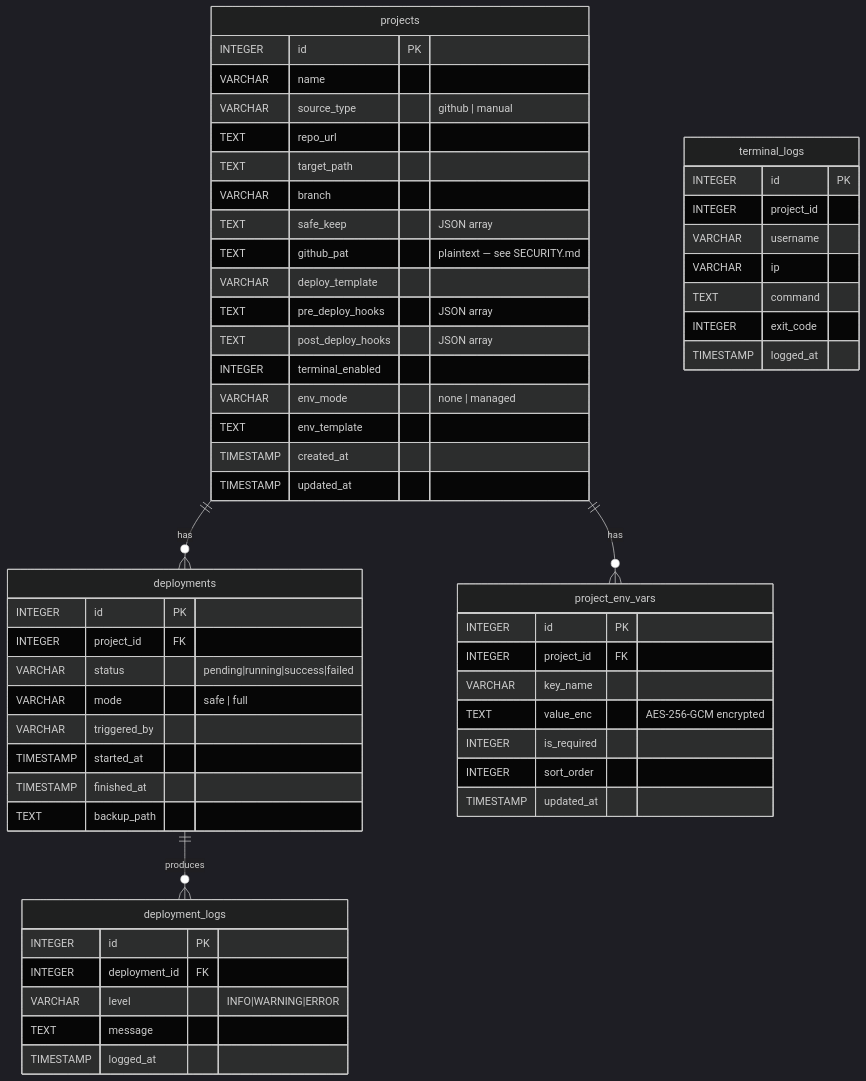
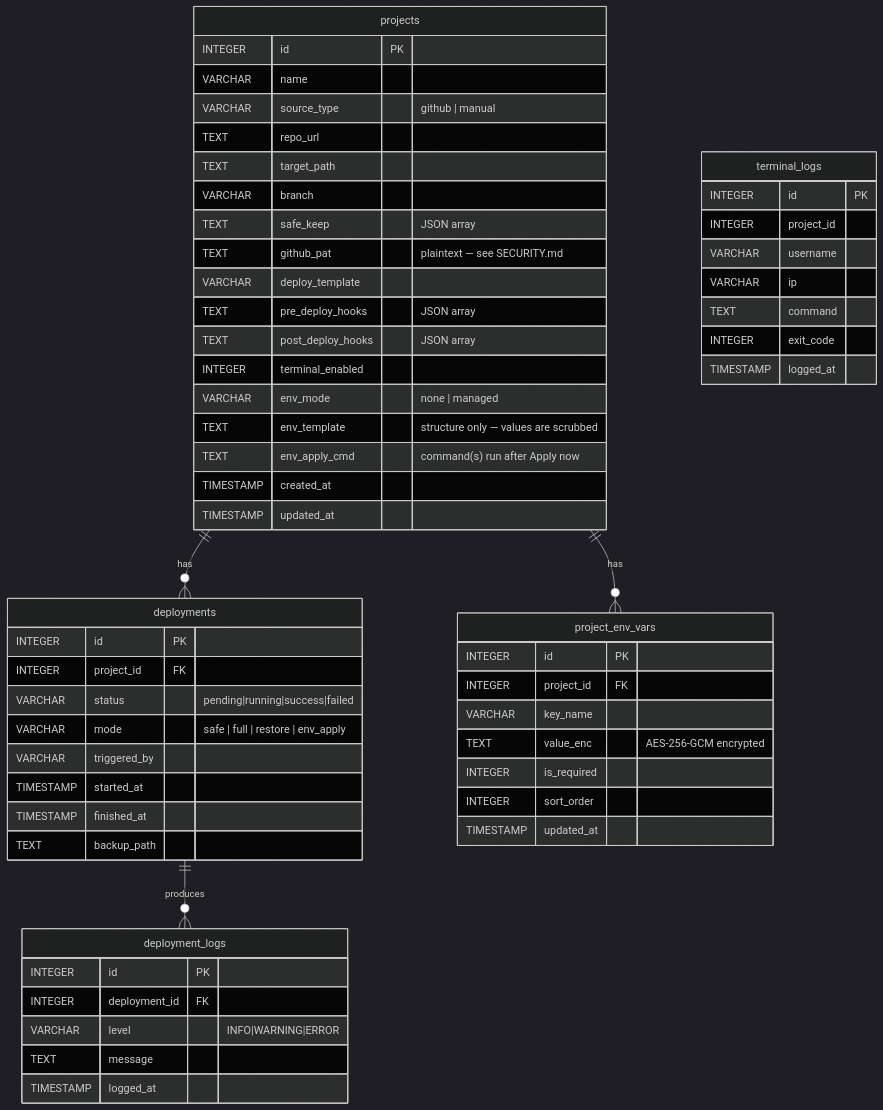
One commit to tumbujohn/TeraPH-Web-Deployer changed the second of 3 diagrams in docs/ARCHITECTURE.md. Above: the diagram before and after it, drawn with Mermaid (dark theme). The commit also changed other lines of this file and 3 other files, not shown here.

First line of the commit message:
docs: reconcile README, PROGRESS, ARCHITECTURE and DEVELOPMENT with the Env Manager work

````diff
--- a/docs/ARCHITECTURE.md
+++ b/docs/ARCHITECTURE.md
@@ -149,64 +152,65 @@
 ```mermaid
 erDiagram
     projects ||--o{ deployments : "has"
     projects ||--o{ project_env_vars : "has"
     deployments ||--o{ deployment_logs : "produces"
 
     projects {
         INTEGER id PK
         VARCHAR name
         VARCHAR source_type "github | manual"
         TEXT repo_url
         TEXT target_path
         VARCHAR branch
         TEXT safe_keep "JSON array"
         TEXT github_pat "plaintext — see SECURITY.md"
         VARCHAR deploy_template
         TEXT pre_deploy_hooks "JSON array"
         TEXT post_deploy_hooks "JSON array"
         INTEGER terminal_enabled
         VARCHAR env_mode "none | managed"
-        TEXT env_template
+        TEXT env_template "structure only — values are scrubbed"
+        TEXT env_apply_cmd "command(s) run after Apply now"
         TIMESTAMP created_at
         TIMESTAMP updated_at
     }
 
     deployments {
         INTEGER id PK
         INTEGER project_id FK
         VARCHAR status "pending|running|success|failed"
-        VARCHAR mode "safe | full"
+        VARCHAR mode "safe | full | restore | env_apply"
         VARCHAR triggered_by
         TIMESTAMP started_at
         TIMESTAMP finished_at
         TEXT backup_path
     }
 
     deployment_logs {
         INTEGER id PK
         INTEGER deployment_id FK
         VARCHAR level "INFO|WARNING|ERROR"
         TEXT message
         TIMESTAMP logged_at
     }
 
     project_env_vars {
         INTEGER id PK
         INTEGER project_id FK
         VARCHAR key_name
         TEXT value_enc "AES-256-GCM encrypted"
         INTEGER is_required
         INTEGER sort_order
         TIMESTAMP updated_at
     }
 
     terminal_logs {
         INTEGER id PK
         INTEGER project_id
         VARCHAR username
         VARCHAR ip
         TEXT command
         INTEGER exit_code
         TIMESTAMP logged_at
     }
 ```
````
